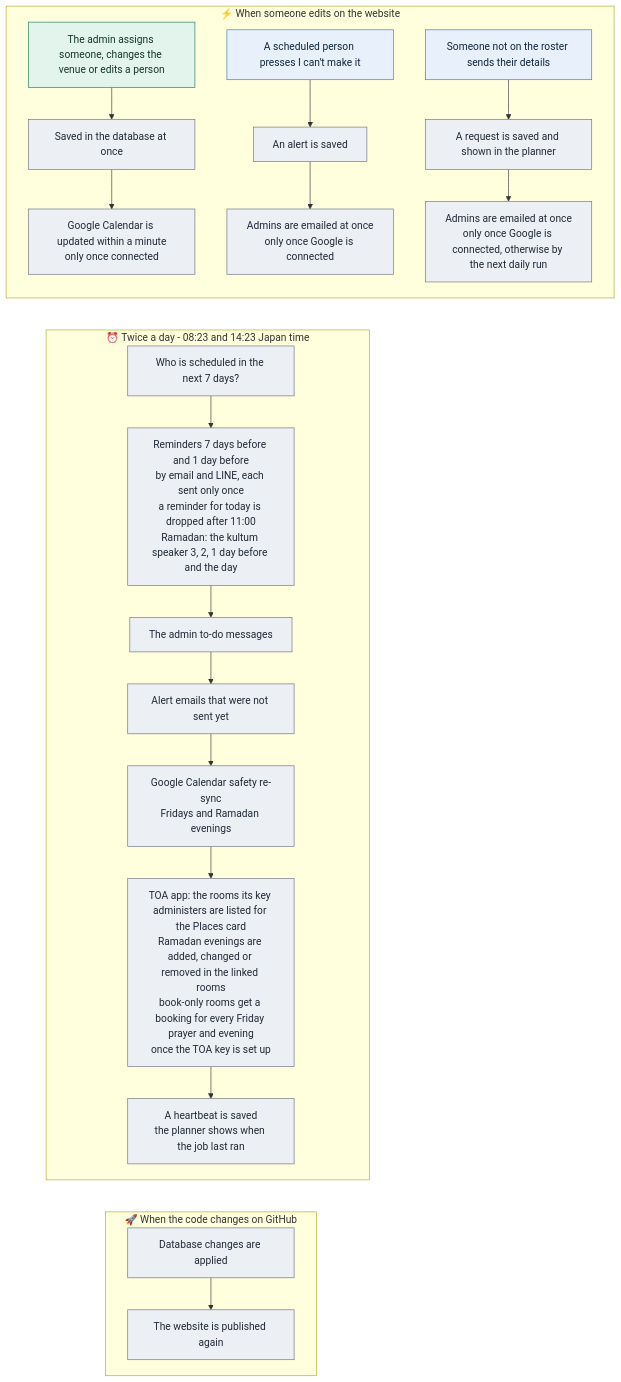
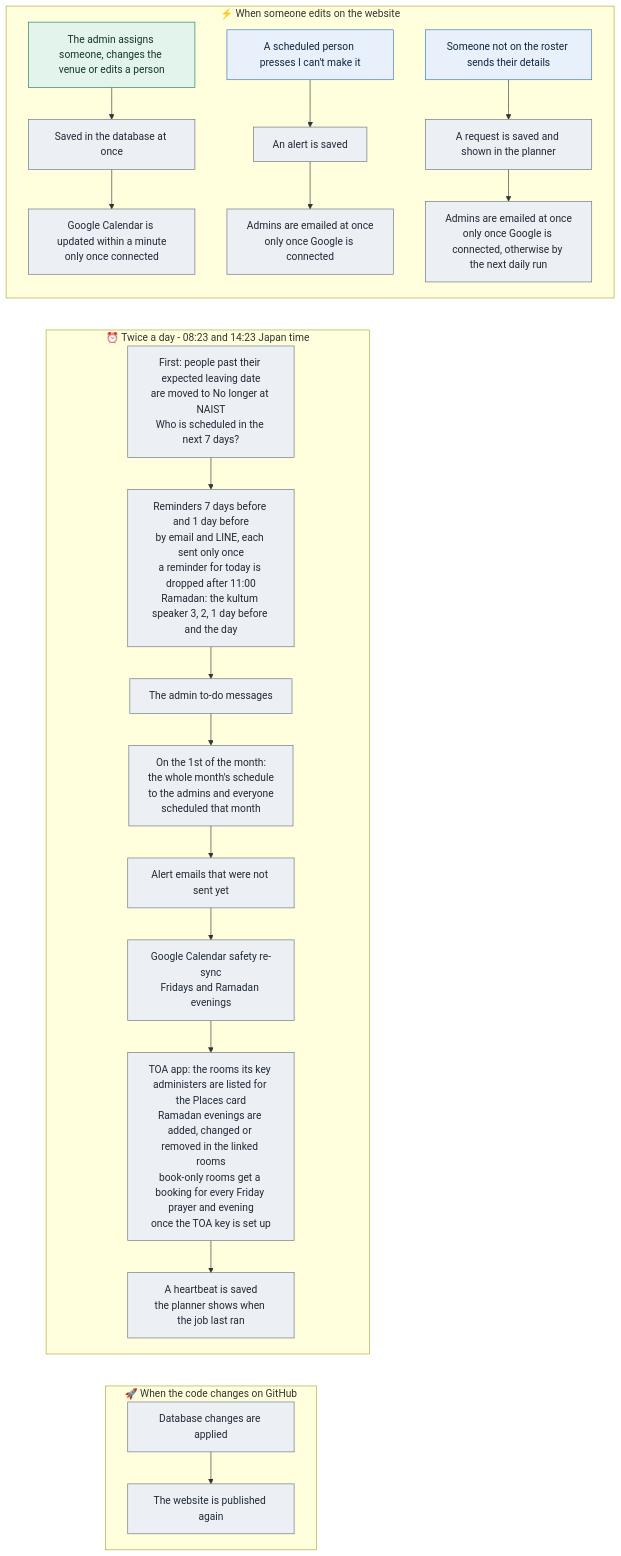
One commit to mushaffarasyidridha/Jumat-Scheduler-NAIST changed the diagram in public/flows/automation.mmd. Above: the diagram before and after it, drawn with Mermaid. The commit also changed 21 other files, not shown here.

First line of the commit message:
Admin edits anyone on a shared device, leaving dates, monthly schedule (#57)

```diff
--- a/public/flows/automation.mmd
+++ b/public/flows/automation.mmd
@@ -1,33 +1,34 @@
 flowchart TD
   subgraph t1["⚡ When someone edits on the website"]
     E1["The admin assigns someone, changes the venue or edits a person"] --> E2["Saved in the database at once"]
     E2 --> E3["Google Calendar is updated within a minute<br/>only once connected"]
     U1["A scheduled person presses I can't make it"] --> U2["An alert is saved"]
     U2 --> U3["Admins are emailed at once<br/>only once Google is connected"]
     J1["Someone not on the roster sends their details"] --> J2["A request is saved and shown in the planner"]
     J2 --> J3["Admins are emailed at once<br/>only once Google is connected, otherwise by the next daily run"]
   end
 
   subgraph t2["⏰ Twice a day - 08:23 and 14:23 Japan time"]
-    R1["Who is scheduled in the next 7 days?"] --> R2["Reminders 7 days before and 1 day before<br/>by email and LINE, each sent only once<br/>a reminder for today is dropped after 11:00<br/>Ramadan: the kultum speaker 3, 2, 1 day before and the day"]
+    R1["First: people past their expected leaving date<br/>are moved to No longer at NAIST<br/>Who is scheduled in the next 7 days?"] --> R2["Reminders 7 days before and 1 day before<br/>by email and LINE, each sent only once<br/>a reminder for today is dropped after 11:00<br/>Ramadan: the kultum speaker 3, 2, 1 day before and the day"]
     R2 --> R3["The admin to-do messages"]
-    R3 --> R4["Alert emails that were not sent yet"]
+    R3 --> RM["On the 1st of the month:<br/>the whole month's schedule<br/>to the admins and everyone<br/>scheduled that month"]
+    RM --> R4["Alert emails that were not sent yet"]
     R4 --> R5["Google Calendar safety re-sync<br/>Fridays and Ramadan evenings"]
     R5 --> R5b["TOA app: the rooms its key administers are listed for the Places card<br/>Ramadan evenings are added, changed or removed in the linked rooms<br/>book-only rooms get a booking for every Friday prayer and evening<br/>once the TOA key is set up"]
     R5b --> R6["A heartbeat is saved<br/>the planner shows when the job last ran"]
   end
 
   subgraph t3["🚀 When the code changes on GitHub"]
     D1["Database changes are applied"] --> D2["The website is published again"]
   end
 
   E3 ~~~ R1
   U3 ~~~ R1
   R6 ~~~ D1
 
   classDef admin fill:#e3f4ec,stroke:#1f7a5c,color:#12372a
   classDef robot fill:#eceff3,stroke:#6b7280,color:#1f2937
   classDef member fill:#e8f1fb,stroke:#3b78b8,color:#10253d
   class E1 admin
   class U1,J1 member
-  class E2,E3,U2,U3,J2,J3,R1,R2,R3,R4,R5,R5b,R6,D1,D2 robot
+  class E2,E3,U2,U3,J2,J3,R1,R2,R3,RM,R4,R5,R5b,R6,D1,D2 robot
```
